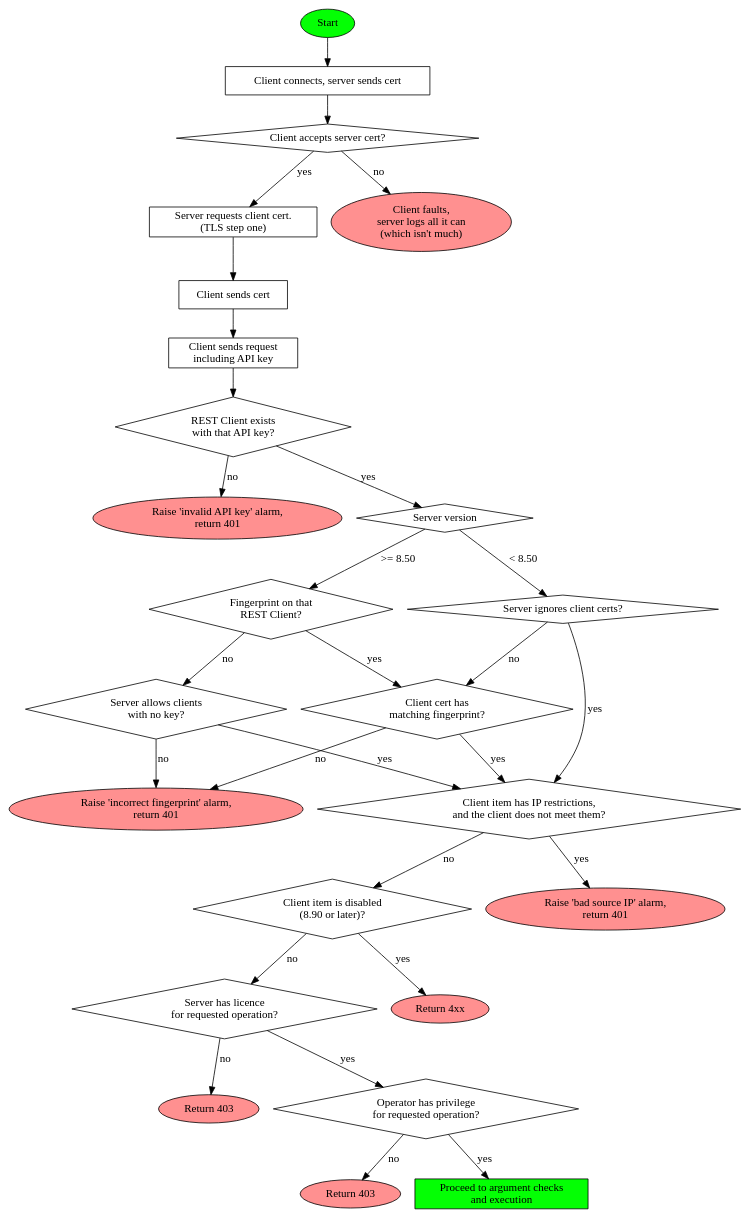
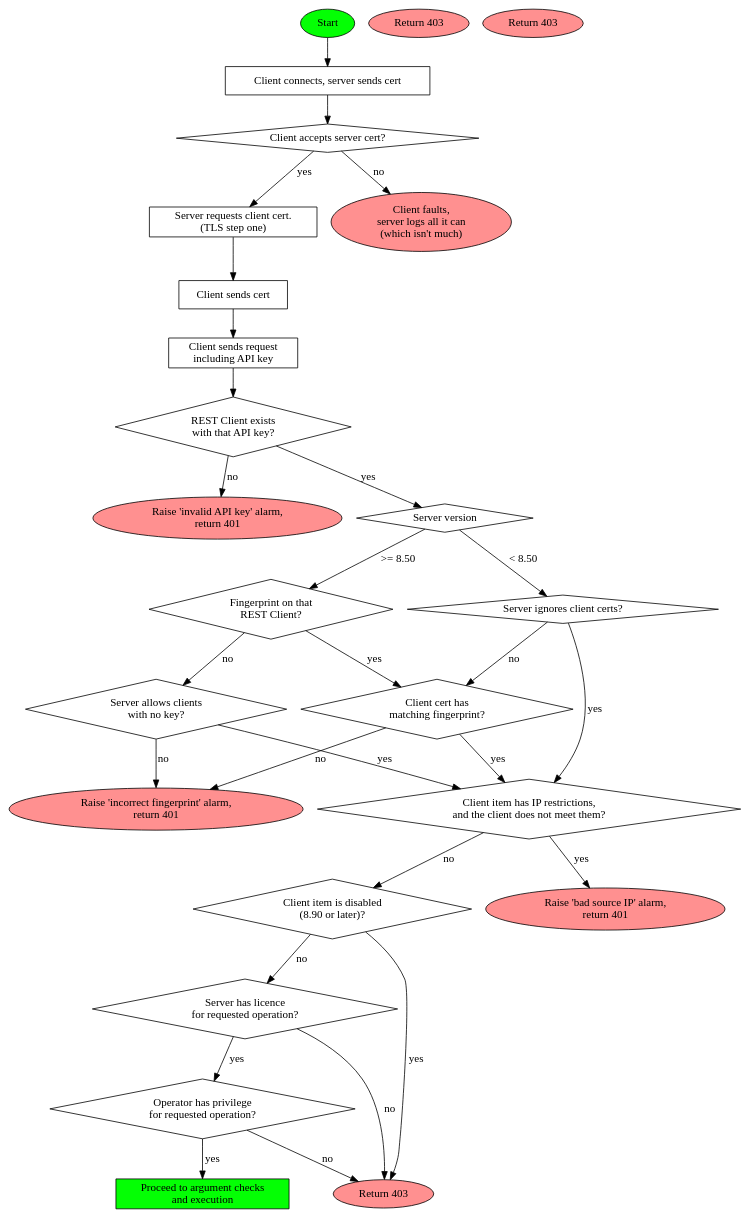
Before and after one commit to GallagherSecurity/cc-rest-docs: the diagram in training/auth_flow.dot, drawn with Graphviz. The commit also changed 1 other file, not shown here.

Commit message:
4xx -> 403 for disabled client items

```diff
--- a/training/auth_flow.dot
+++ b/training/auth_flow.dot
@@ -1,74 +1,74 @@
 # Turn this into auth_flow.dot.pdf using Graphviz:
 # dot auth_flow.dot -Tpdf -O
 digraph
 {
         start[label=Start style=filled fillcolor="#04ff04"]
 
         node [shape=ellipse, style=filled, fillcolor="#ff9090"]
         o_noapikey[label="Raise 'invalid API key' alarm,\nreturn 401"]
         o_badprint[label="Raise 'incorrect fingerprint' alarm,\nreturn 401"]
         o_badip[label="Raise 'bad source IP' alarm,\nreturn 401"]
-        o_disabled[label="Return 4xx"] # TBD
+        o_disabled[label="Return 403"]
         o_nolicence[label="Return 403"]
         o_clientquit[label="Client faults,\nserver logs all it can\n(which isn't much)"]
         o_nopriv[label="Return 403"]
 
         node [shape=box, style=""]
         op1[label="Client connects, server sends cert"]
         o_reqclientcert[label="Server requests client cert.\n(TLS step one)"]
         o_clientsendscert[label="Client sends cert"]
         o_clientreq[label="Client sends request\nincluding API key"]
         o_argcheck[label="Proceed to argument checks\nand execution" style=filled fillcolor="#04ff04"]
 
         node [shape=diamond]
         cond[label="Client accepts server cert?" ordering=out ]
         c_apikeycheck[label="REST Client exists\nwith that API key?"]
         c_versioncheck [label="Server version" ]
         c_clientcertcheck1[label="Fingerprint on that\nREST Client?"]
         c_clientcertcheck2[label="Server allows clients\nwith no key?"]
 
         c_clientcertcheck840[label="Server ignores client certs?"]
 
         c_correctcert[label="Client cert has\nmatching fingerprint?" shape=diamond]
         c_sourceip[label="Client item has IP restrictions,\nand the client does not meet them?" ordering=out ]
         c_disabled[label="Client item is disabled\n(8.90 or later)?" ordering=out ]
         c_licence[label="Server has licence\nfor requested operation?"]
         c_privcheck[label="Operator has privilege\nfor requested operation?"]
 
         start->op1
         op1->cond
         cond->o_reqclientcert [label = "yes"]
         cond->o_clientquit [label = "no"]
         o_reqclientcert -> o_clientsendscert
         o_clientsendscert -> o_clientreq
         o_clientreq->c_apikeycheck
 
         c_apikeycheck->c_versioncheck [label = "yes"]
         c_apikeycheck->o_noapikey [label = "no"]
 
         c_versioncheck -> c_clientcertcheck1 [label = ">= 8.50"]
         c_versioncheck -> c_clientcertcheck840 [label = "< 8.50"]
 
         c_clientcertcheck1->c_clientcertcheck2 [label= "no"]
 
         c_clientcertcheck840->c_sourceip [label = "yes"]
         c_clientcertcheck840->c_correctcert [label = "no"]
 
         c_clientcertcheck2->c_sourceip [label = "yes"]
         c_clientcertcheck2->o_badprint [label = "no"]
 
         c_clientcertcheck1->c_correctcert [label = "yes"]
         c_correctcert->o_badprint [label = "no"]
 
         c_correctcert->c_sourceip [label = "yes"]
         c_sourceip->c_disabled [label = "no"]
         c_sourceip->o_badip [label = "yes"]
 
         c_disabled->c_licence [label = "no"]
         c_disabled->o_disabled [label = "yes"]
 
         c_licence->c_privcheck [label="yes"]
-        c_licence->o_nolicence [label="no"]
-        c_privcheck->o_nopriv [label="no"]
+        c_licence->o_disabled [label="no"]
+        c_privcheck->o_disabled [label="no"]
         c_privcheck->o_argcheck [label="yes"]
 }
```
